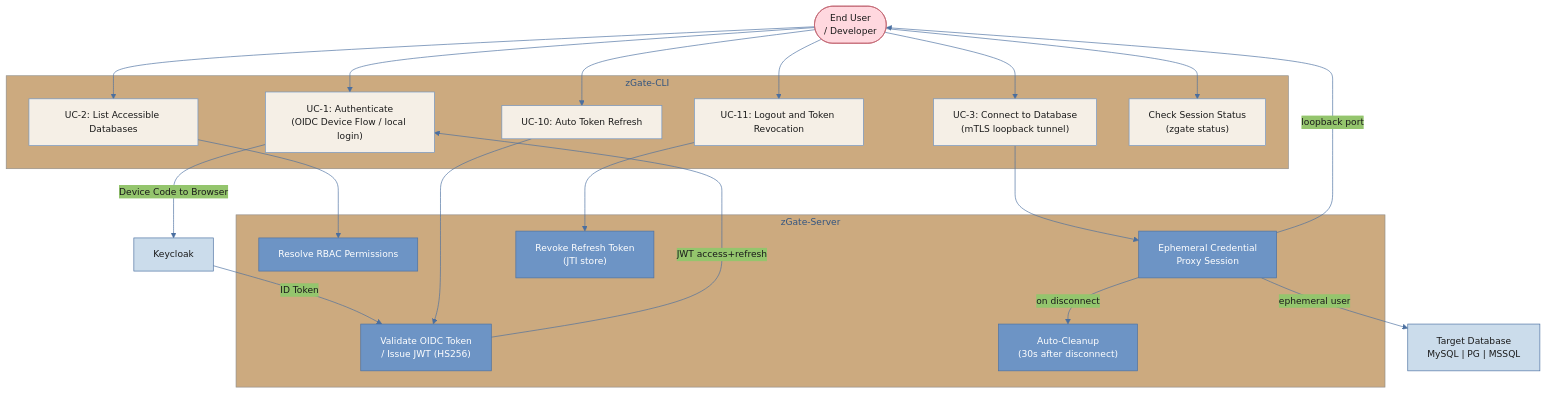
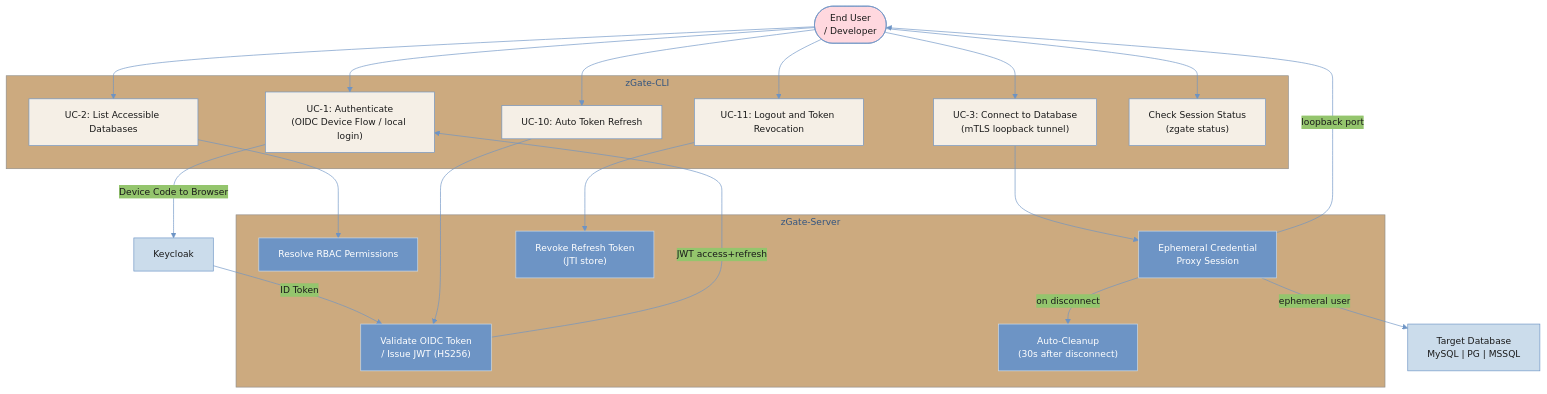
The diagram in diagrams/fig4_2_enduser.mmd (lll-michael-lll/Graduation-Project-Documentation), drawn with Mermaid before and after one commit. The commit also changed 28 other files, not shown here.

```diff
--- a/diagrams/fig4_2_enduser.mmd
+++ b/diagrams/fig4_2_enduser.mmd
@@ -1,58 +1,58 @@
 %%{init: {
   "theme": "base",
   "themeVariables": {
     "primaryColor": "#6D94C5",
     "primaryTextColor": "#1a1a1a",
-    "primaryBorderColor": "#4a6fa0",
-    "lineColor": "#4a6fa0",
+    "primaryBorderColor": "#6D94C5",
+    "lineColor": "#6D94C5",
     "fontFamily": "Liberation Sans, Arial, sans-serif",
     "fontSize": "14px"
   }
 }}%%
 flowchart TD
-    classDef actor   fill:#FFD8DF,stroke:#c0626e,color:#1a1a1a
+    classDef actor   fill:#FFD8DF,stroke:#6D94C5,color:#1a1a1a
     classDef usecase fill:#F5EFE6,stroke:#6D94C5,color:#1a1a1a
-    classDef system  fill:#6D94C5,stroke:#4a6fa0,color:#fff
-    classDef ext     fill:#CBDCEB,stroke:#4a6fa0,color:#1a1a1a
+    classDef system  fill:#6D94C5,stroke:#CBDCEB,color:#fff
+    classDef ext     fill:#CBDCEB,stroke:#6D94C5,color:#1a1a1a
 
     EU(["End User\n/ Developer"]):::actor
 
     subgraph CLI_LAYER ["zGate-CLI"]
         UC1["UC-1: Authenticate\n(OIDC Device Flow / local login)"]:::usecase
         UC2["UC-2: List Accessible Databases"]:::usecase
         UC3["UC-3: Connect to Database\n(mTLS loopback tunnel)"]:::usecase
         UC10["UC-10: Auto Token Refresh"]:::usecase
         UC11["UC-11: Logout and Token Revocation"]:::usecase
         UC_STATUS["Check Session Status\n(zgate status)"]:::usecase
     end
 
     subgraph GW_LAYER ["zGate-Server"]
         GW_AUTH["Validate OIDC Token\n/ Issue JWT (HS256)"]:::system
         GW_PERM["Resolve RBAC Permissions"]:::system
         GW_PROXY["Ephemeral Credential\nProxy Session"]:::system
         GW_CLEANUP["Auto-Cleanup\n(30s after disconnect)"]:::system
         GW_REVOKE["Revoke Refresh Token\n(JTI store)"]:::system
     end
 
     KC["Keycloak"]:::ext
     DB["Target Database\nMySQL | PG | MSSQL"]:::ext
 
     EU --> UC1
     EU --> UC2
     EU --> UC3
     EU --> UC10
     EU --> UC11
     EU --> UC_STATUS
 
     UC1 -->|"Device Code to Browser"| KC
     KC -->|"ID Token"| GW_AUTH
     GW_AUTH -->|"JWT access+refresh"| UC1
 
     UC2 --> GW_PERM
     UC3 --> GW_PROXY
     GW_PROXY -->|"ephemeral user"| DB
     GW_PROXY -->|"loopback port"| EU
 
     UC10 --> GW_AUTH
     UC11 --> GW_REVOKE
     GW_PROXY -->|"on disconnect"| GW_CLEANUP
```
